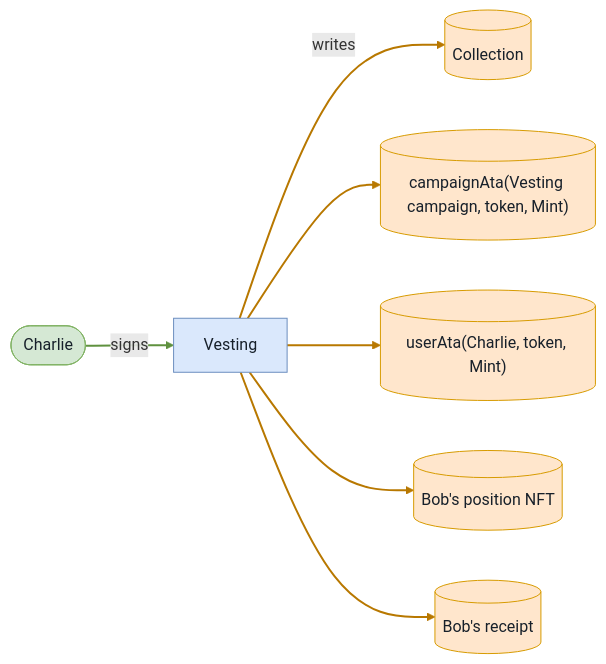
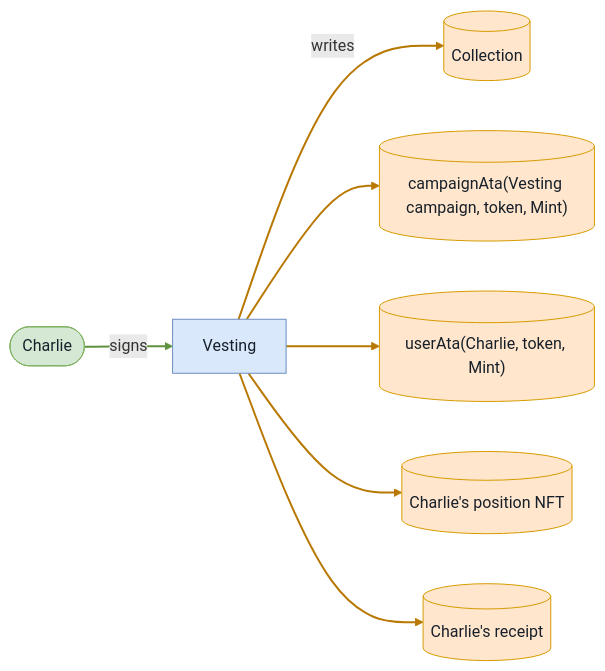
Diagram 32 of 36 in md-reports-babelfish/full_lifecycle.md (cds-turbin3/vesting-position), drawn with Mermaid before and after one commit. The commit also changed other lines of this file and 62 other files, not shown here.

````diff
--- a/md-reports-babelfish/full_lifecycle.md
+++ b/md-reports-babelfish/full_lifecycle.md
@@ -1257,21 +1257,21 @@
 ```mermaid
 flowchart LR
     Vesting["Vesting"]:::program
     Charlie(["Charlie"]):::signer
     Collection[("Collection")]:::state
     campaignAtaVestingcampaigntokenMint[("campaignAta(Vesting campaign, token, Mint)")]:::state
     userAtaCharlietokenMint[("userAta(Charlie, token, Mint)")]:::state
-    BobspositionNFT[("Bob's position NFT")]:::state
-    Bobsreceipt[("Bob's receipt")]:::state
+    CharliespositionNFT[("Charlie's position NFT")]:::state
+    Charliesreceipt[("Charlie's receipt")]:::state
     Charlie -->|signs| Vesting
     Vesting -->|writes| Collection
     Vesting --> campaignAtaVestingcampaigntokenMint
     Vesting --> userAtaCharlietokenMint
-    Vesting --> BobspositionNFT
-    Vesting --> Bobsreceipt
+    Vesting --> CharliespositionNFT
+    Vesting --> Charliesreceipt
     classDef program fill:#dae8fc,stroke:#6c8ebf,color:#17202a;
     classDef signer fill:#d5e8d4,stroke:#82b366,color:#17202a;
     classDef state fill:#ffe6cc,stroke:#d79b00,color:#17202a;
     linkStyle 0 stroke:#5f913f,stroke-width:2px
     linkStyle 1,2,3,4,5 stroke:#b87800,stroke-width:2px
 ```
````
